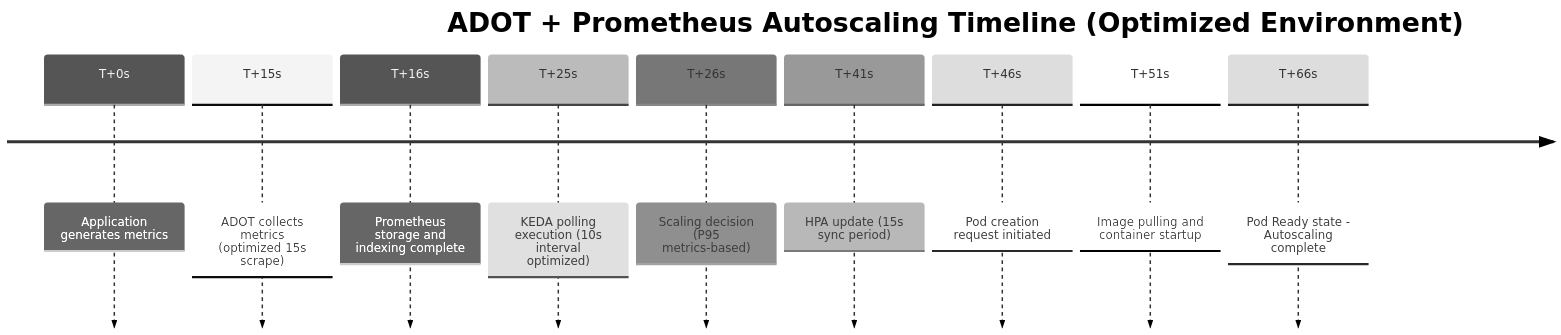
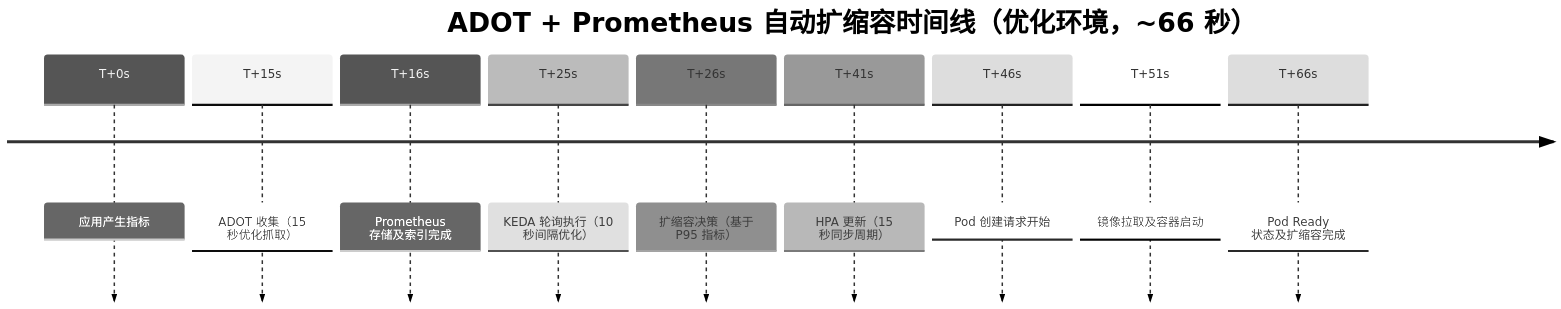
The seventh of 18 diagrams in i18n/zh/docusaurus-plugin-content-docs/current/infrastructure-optimization/karpenter-autoscaling.md (devfloor9/engineering-playbook), drawn with Mermaid (neutral theme) before and after one commit. The commit also changed other lines of this file and 43 other files, not shown here.

````diff
--- a/i18n/zh/docusaurus-plugin-content-docs/current/infrastructure-optimization/karpenter-autoscaling.md
+++ b/i18n/zh/docusaurus-plugin-content-docs/current/infrastructure-optimization/karpenter-autoscaling.md
@@ -218,14 +462,14 @@
 ```mermaid
 timeline
-    title ADOT + Prometheus Autoscaling Timeline (Optimized Environment)
+    title ADOT + Prometheus 自动扩缩容时间线（优化环境，~66 秒）
 
-    T+0s   : Application generates metrics
-    T+15s  : ADOT collects metrics (optimized 15s scrape)
-    T+16s  : Prometheus storage and indexing complete
-    T+25s  : KEDA polling execution (10s interval optimized)
-    T+26s  : Scaling decision (P95 metrics-based)
-    T+41s  : HPA update (15s sync period)
-    T+46s  : Pod creation request initiated
-    T+51s  : Image pulling and container startup
-    T+66s  : Pod Ready state - Autoscaling complete
+    T+0s   : 应用产生指标
+    T+15s  : ADOT 收集（15 秒优化抓取）
+    T+16s  : Prometheus 存储及索引完成
+    T+25s  : KEDA 轮询执行（10 秒间隔优化）
+    T+26s  : 扩缩容决策（基于 P95 指标）
+    T+41s  : HPA 更新（15 秒同步周期）
+    T+46s  : Pod 创建请求开始
+    T+51s  : 镜像拉取及容器启动
+    T+66s  : Pod Ready 状态及扩缩容完成
 ```
````
